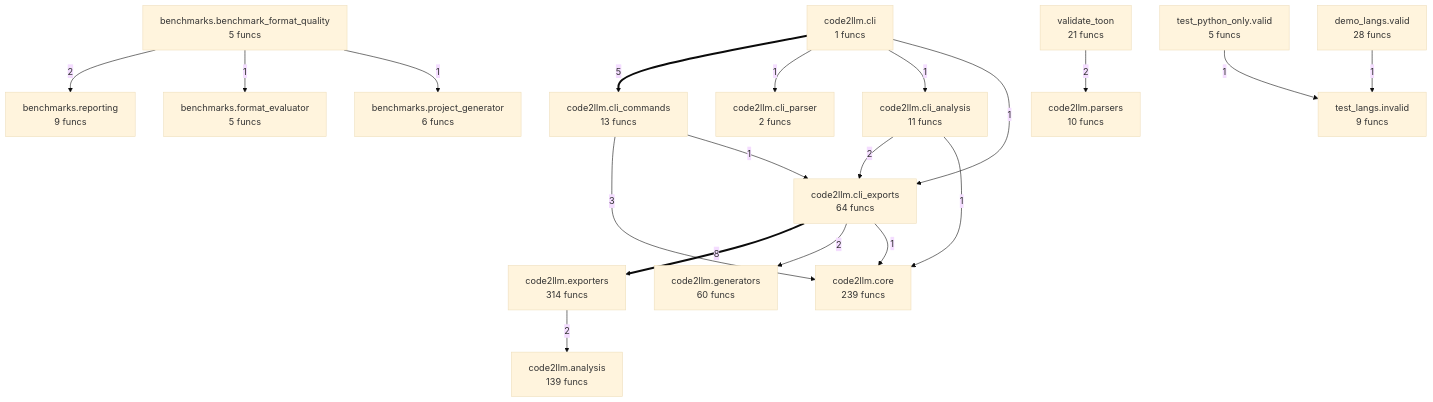
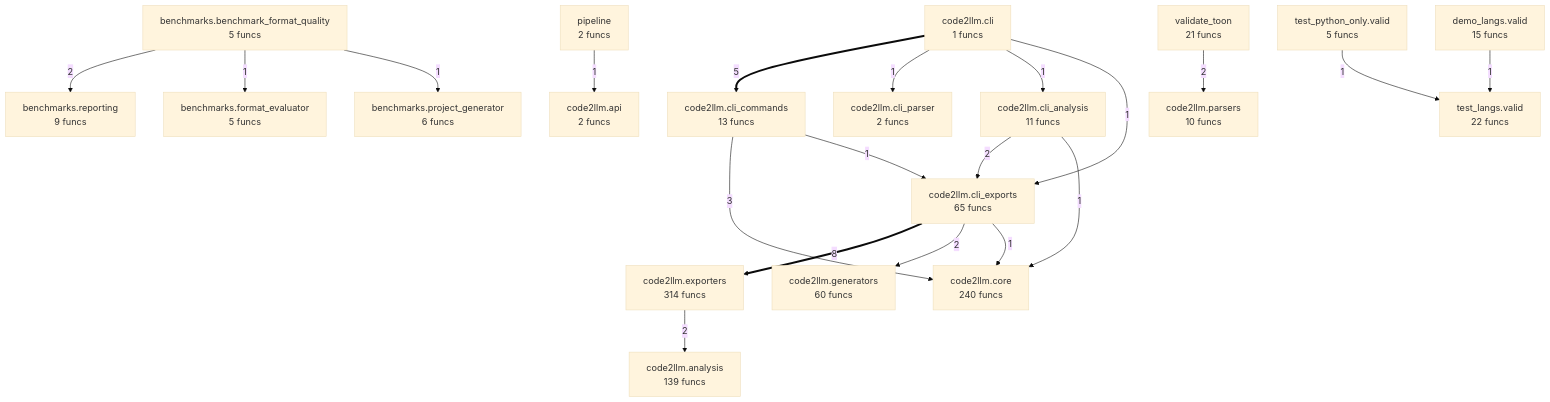
The diagram in project/compact_flow.mmd (wronai/code2flow), drawn with Mermaid (base theme) before and after one commit. The commit also changed 45 other files, not shown here.

```diff
--- a/project/compact_flow.mmd
+++ b/project/compact_flow.mmd
@@ -1,37 +1,40 @@
 flowchart TD
     benchmarks__benchmark_format_quality["benchmarks.benchmark_format_quality<br/>5 funcs"]
     benchmarks__format_evaluator["benchmarks.format_evaluator<br/>5 funcs"]
     benchmarks__project_generator["benchmarks.project_generator<br/>6 funcs"]
     benchmarks__reporting["benchmarks.reporting<br/>9 funcs"]
     code2llm__analysis["code2llm.analysis<br/>139 funcs"]
+    code2llm__api["code2llm.api<br/>2 funcs"]
     code2llm__cli["code2llm.cli<br/>1 funcs"]
     code2llm__cli_analysis["code2llm.cli_analysis<br/>11 funcs"]
     code2llm__cli_commands["code2llm.cli_commands<br/>13 funcs"]
-    code2llm__cli_exports["code2llm.cli_exports<br/>64 funcs"]
+    code2llm__cli_exports["code2llm.cli_exports<br/>65 funcs"]
     code2llm__cli_parser["code2llm.cli_parser<br/>2 funcs"]
-    code2llm__core["code2llm.core<br/>239 funcs"]
+    code2llm__core["code2llm.core<br/>240 funcs"]
     code2llm__exporters["code2llm.exporters<br/>314 funcs"]
     code2llm__generators["code2llm.generators<br/>60 funcs"]
     code2llm__parsers["code2llm.parsers<br/>10 funcs"]
-    demo_langs__valid["demo_langs.valid<br/>28 funcs"]
-    test_langs__invalid["test_langs.invalid<br/>9 funcs"]
+    demo_langs__valid["demo_langs.valid<br/>15 funcs"]
+    pipeline["pipeline<br/>2 funcs"]
+    test_langs__valid["test_langs.valid<br/>22 funcs"]
     test_python_only__valid["test_python_only.valid<br/>5 funcs"]
     validate_toon["validate_toon<br/>21 funcs"]
     code2llm__cli_exports ==>|8| code2llm__exporters
     code2llm__cli ==>|5| code2llm__cli_commands
     code2llm__cli_commands -->|3| code2llm__core
     validate_toon -->|2| code2llm__parsers
+    benchmarks__benchmark_format_quality -->|2| benchmarks__reporting
     code2llm__cli_analysis -->|2| code2llm__cli_exports
-    benchmarks__benchmark_format_quality -->|2| benchmarks__reporting
     code2llm__exporters -->|2| code2llm__analysis
     code2llm__cli_exports -->|2| code2llm__generators
+    pipeline -->|1| code2llm__api
+    benchmarks__benchmark_format_quality -->|1| benchmarks__format_evaluator
+    benchmarks__benchmark_format_quality -->|1| benchmarks__project_generator
+    test_python_only__valid -->|1| test_langs__valid
     code2llm__cli -->|1| code2llm__cli_parser
     code2llm__cli -->|1| code2llm__cli_analysis
     code2llm__cli -->|1| code2llm__cli_exports
     code2llm__cli_analysis -->|1| code2llm__core
-    test_python_only__valid -->|1| test_langs__invalid
     code2llm__cli_commands -->|1| code2llm__cli_exports
-    benchmarks__benchmark_format_quality -->|1| benchmarks__format_evaluator
-    benchmarks__benchmark_format_quality -->|1| benchmarks__project_generator
     code2llm__cli_exports -->|1| code2llm__core
-    demo_langs__valid -->|1| test_langs__invalid
+    demo_langs__valid -->|1| test_langs__valid
```
